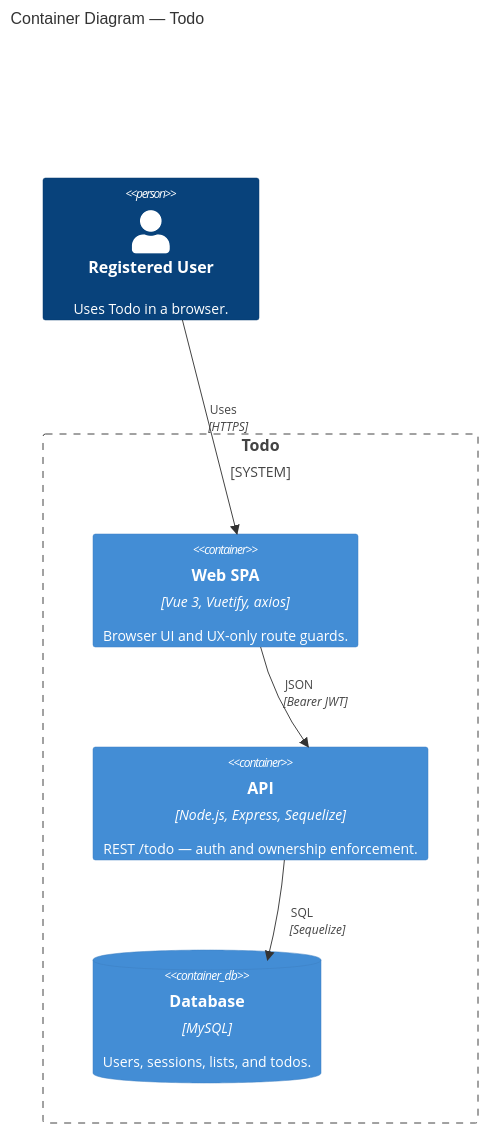
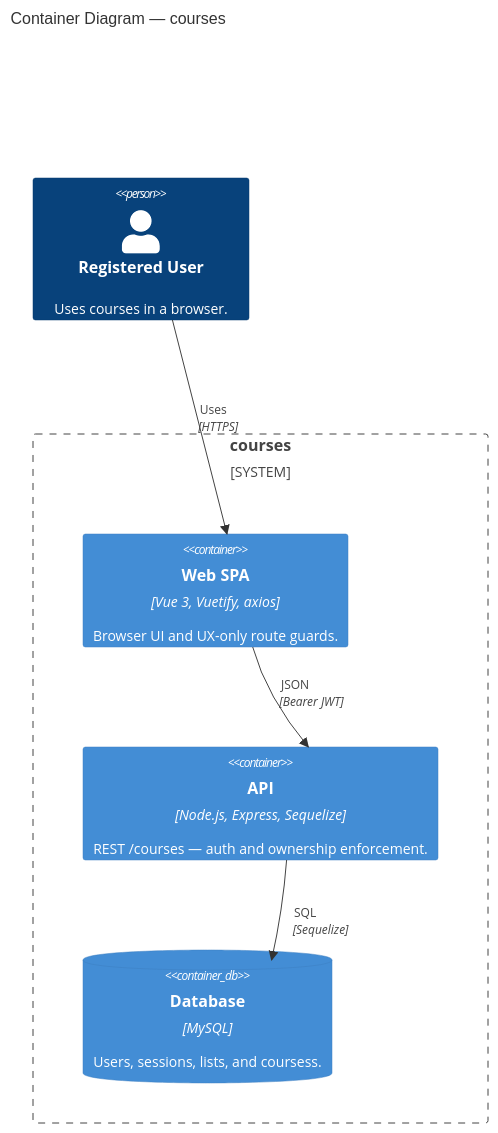
The diagram in docs/arch_diagrams/c4-container.md (GageTarter/Courses-Speckit), drawn with Mermaid before and after one commit. The commit also changed other lines of this file and 66 other files, not shown here.

````diff
--- a/docs/arch_diagrams/c4-container.md
+++ b/docs/arch_diagrams/c4-container.md
@@ -5,21 +5,21 @@
 ```mermaid
 C4Container
-title Container Diagram — Todo
+title Container Diagram — courses
 
-Person(user, "Registered User", "Uses Todo in a browser.")
+Person(user, "Registered User", "Uses courses in a browser.")
 
-System_Boundary(todoApp, "Todo") {
+System_Boundary(coursesApp, "courses") {
   Container(spa, "Web SPA", "Vue 3, Vuetify, axios", "Browser UI and UX-only route guards.")
-  Container(api, "API", "Node.js, Express, Sequelize", "REST /todo — auth and ownership enforcement.")
-  ContainerDb(db, "Database", "MySQL", "Users, sessions, lists, and todos.")
+  Container(api, "API", "Node.js, Express, Sequelize", "REST /courses — auth and ownership enforcement.")
+  ContainerDb(db, "Database", "MySQL", "Users, sessions, lists, and coursess.")
 }
 
 Rel(user, spa, "Uses", "HTTPS")
 Rel(spa, api, "JSON", "Bearer JWT")
 Rel(api, db, "SQL", "Sequelize")
 
 UpdateLayoutConfig($c4ShapeInRow="3", $c4BoundaryInRow="1")
 UpdateRelStyle(user, spa, $offsetY="-20")
 UpdateRelStyle(spa, api, $offsetY="-15")
 UpdateRelStyle(api, db, $offsetX="15")
 ```
````
